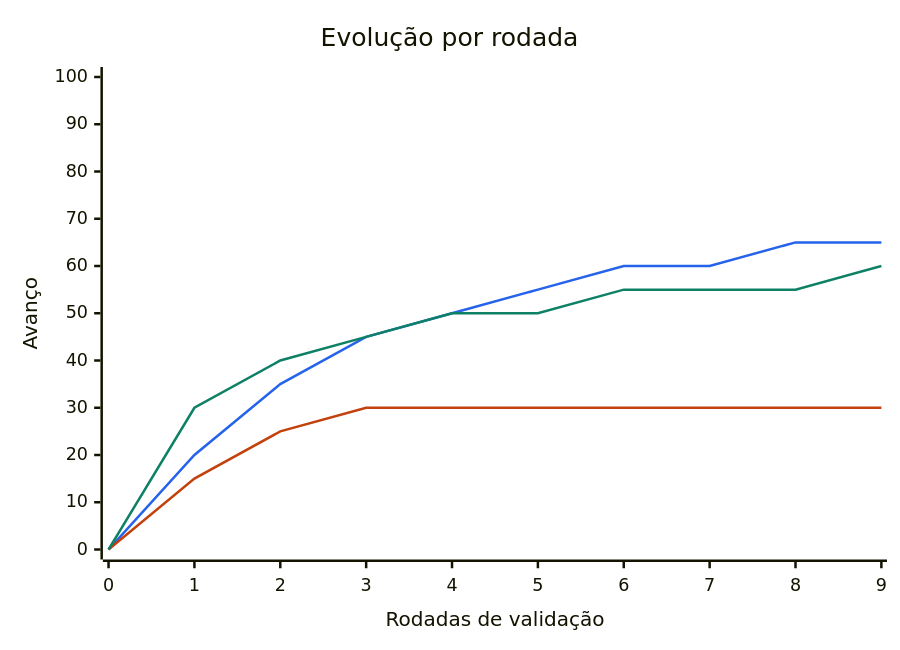
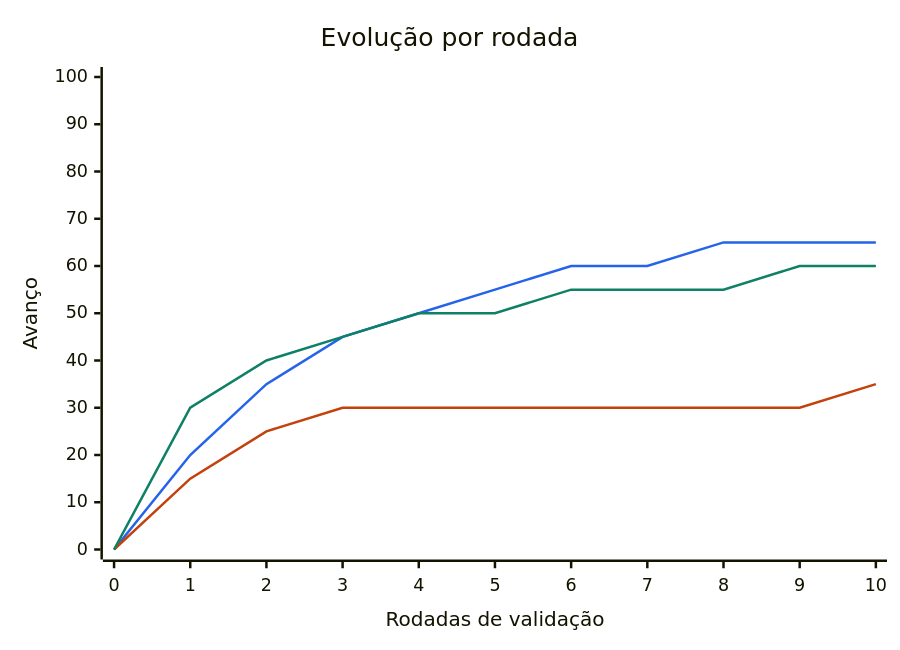
Before and after one commit to thiagozonda1989-stack/simuladorCotacao: the diagram in docs/colaboracao/ACOMPANHAMENTO.md, drawn with Mermaid. The commit also changed other lines of this file, not shown here.

Commit message:
Registra a rodada 10 no painel de acompanhamento
Estratégias 30 → 35 pela implementação do protocolo fora da amostra com as
métricas do critério, em dados sintéticos; a estratégia testada foi rejeitada.

Claude-Session: https://claude.ai/code/session_01HQ4rKK8Q1ZxKNWqDM1CiCq

````diff
--- a/docs/colaboracao/ACOMPANHAMENTO.md
+++ b/docs/colaboracao/ACOMPANHAMENTO.md
@@ -7,15 +7,15 @@
 ```mermaid
 ---
 config:
   themeVariables:
     xyChart:
       plotColorPalette: "#2563eb,#c2410c,#0e8066"
 ---
 xychart-beta
   title "Evolução por rodada"
-  x-axis "Rodadas de validação" [0, 1, 2, 3, 4, 5, 6, 7, 8, 9]
+  x-axis "Rodadas de validação" [0, 1, 2, 3, 4, 5, 6, 7, 8, 9, 10]
   y-axis "Avanço" 0 --> 100
-  line [0, 20, 35, 45, 50, 55, 60, 60, 65, 65]
-  line [0, 15, 25, 30, 30, 30, 30, 30, 30, 30]
-  line [0, 30, 40, 45, 50, 50, 55, 55, 55, 60]
+  line [0, 20, 35, 45, 50, 55, 60, 60, 65, 65, 65]
+  line [0, 15, 25, 30, 30, 30, 30, 30, 30, 30, 35]
+  line [0, 30, 40, 45, 50, 50, 55, 55, 55, 60, 60]
 ```
````
